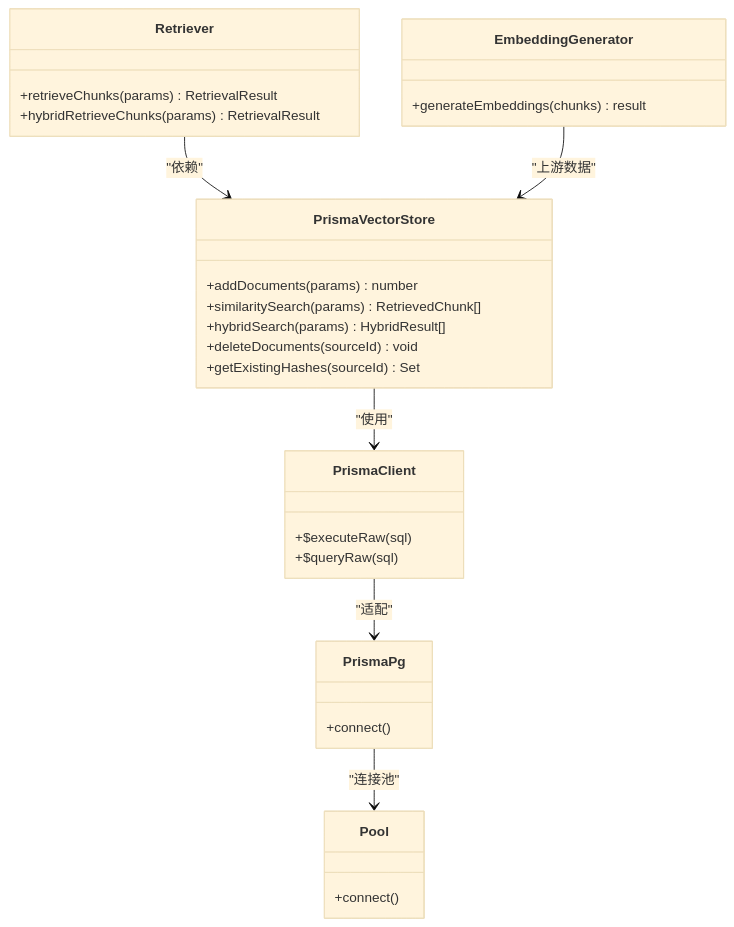
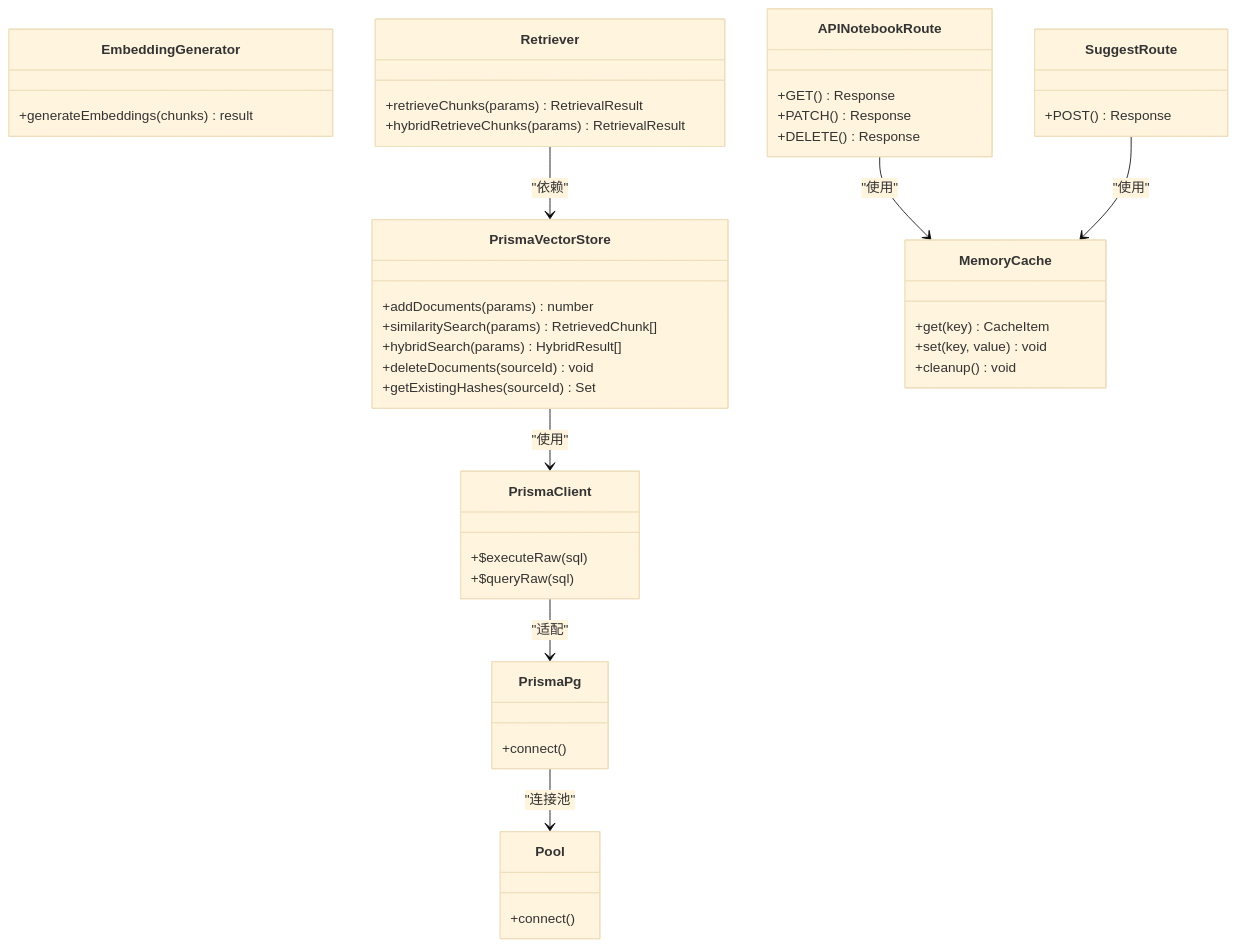
The eighth of 8 diagrams in .qoder/repowiki/zh/content/向量存储系统/性能优化方案.md (lbl-bm/notebookLM-clone), drawn with Mermaid (base theme) before and after one commit. The commit also changed other lines of this file and 3 other files, not shown here.

````diff
--- a/.qoder/repowiki/zh/content/向量存储系统/性能优化方案.md
+++ b/.qoder/repowiki/zh/content/向量存储系统/性能优化方案.md
@@ -256,32 +401,46 @@
 ```mermaid
 classDiagram
 class PrismaVectorStore {
 +addDocuments(params) number
 +similaritySearch(params) RetrievedChunk[]
 +hybridSearch(params) HybridResult[]
 +deleteDocuments(sourceId) void
 +getExistingHashes(sourceId) Set<string>
 }
 class PrismaClient {
 +$executeRaw(sql)
 +$queryRaw(sql)
 }
 class Pool {
 +connect()
 }
 class PrismaPg {
 +connect()
 }
 class EmbeddingGenerator {
 +generateEmbeddings(chunks) result
 }
 class Retriever {
 +retrieveChunks(params) RetrievalResult
 +hybridRetrieveChunks(params) RetrievalResult
 }
+class APINotebookRoute {
++GET() Response
++PATCH() Response
++DELETE() Response
+}
+class SuggestRoute {
++POST() Response
+}
+class MemoryCache {
++get(key) CacheItem
++set(key, value) void
++cleanup() void
+}
 PrismaVectorStore --> PrismaClient : "使用"
 PrismaClient --> PrismaPg : "适配"
 PrismaPg --> Pool : "连接池"
 Retriever --> PrismaVectorStore : "依赖"
-EmbeddingGenerator --> PrismaVectorStore : "上游数据"
+APINotebookRoute --> MemoryCache : "使用"
+SuggestRoute --> MemoryCache : "使用"
 ```
````
